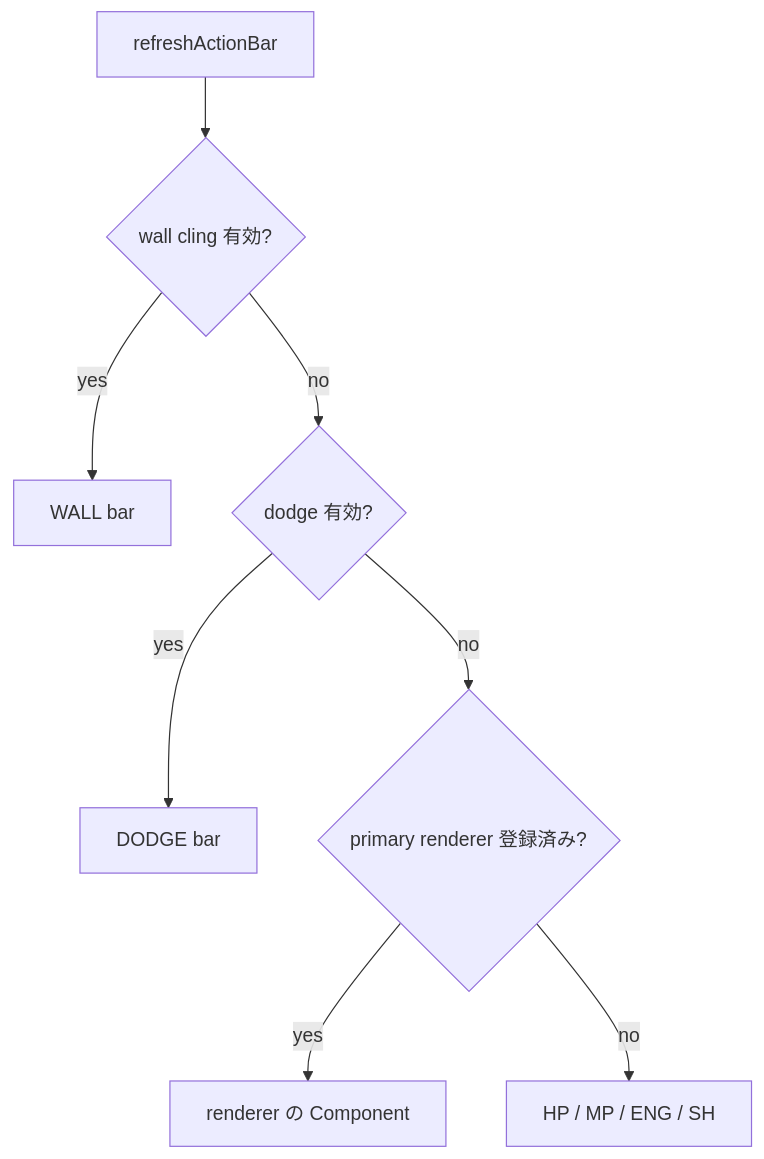
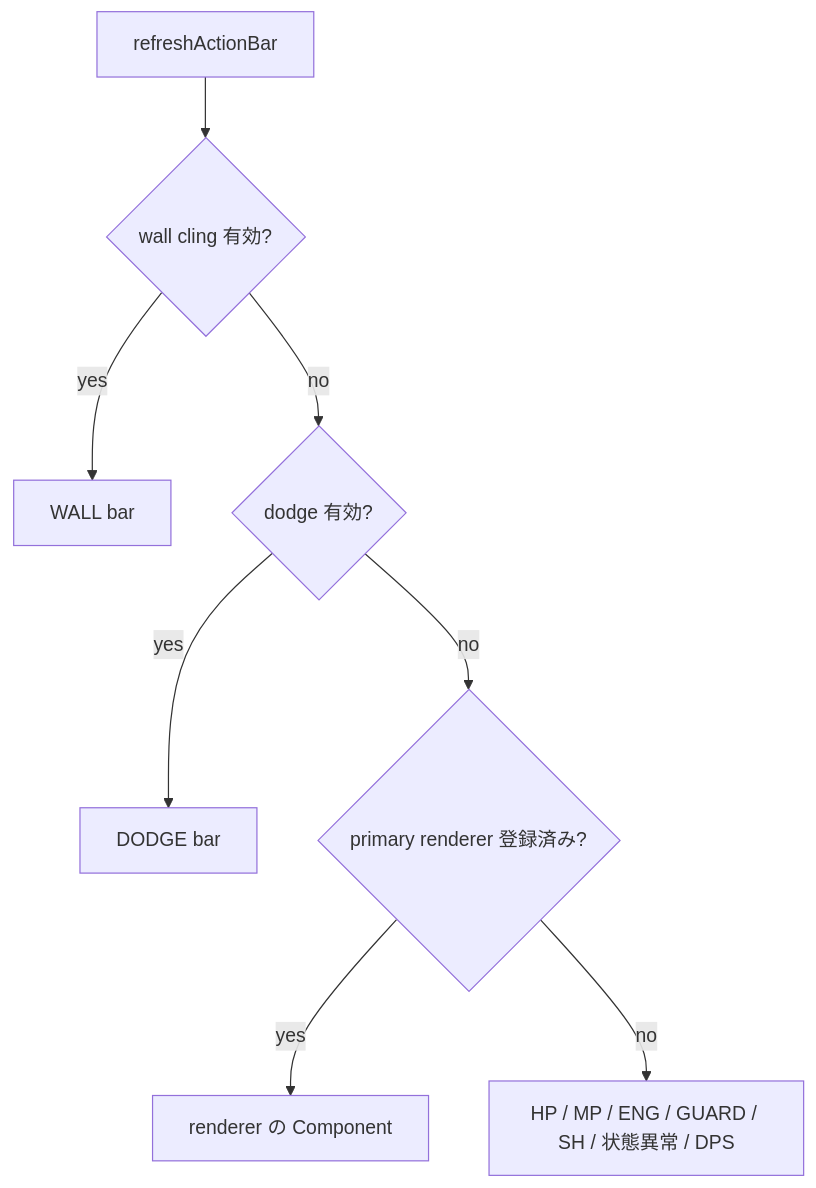
The second of 3 diagrams in 00_docs/10_Plugin設計書/feature/10-hud/10_4-統合フロー.md (maaasu/AstralRecord-Workspace), drawn with Mermaid before and after one commit. The commit also changed 52 other files, not shown here.

````diff
--- a/00_docs/10_Plugin設計書/feature/10-hud/10_4-統合フロー.md
+++ b/00_docs/10_Plugin設計書/feature/10-hud/10_4-統合フロー.md
@@ -48,10 +48,10 @@
 ```mermaid
 flowchart TD
     A[refreshActionBar] --> B{wall cling 有効?}
     B -- yes --> W[WALL bar]
     B -- no --> C{dodge 有効?}
     C -- yes --> D[DODGE bar]
     C -- no --> E{primary renderer 登録済み?}
     E -- yes --> P[renderer の Component]
-    E -- no --> S[HP / MP / ENG / SH]
+    E -- no --> S[HP / MP / ENG / GUARD / SH / 状態異常 / DPS]
 ```
````
